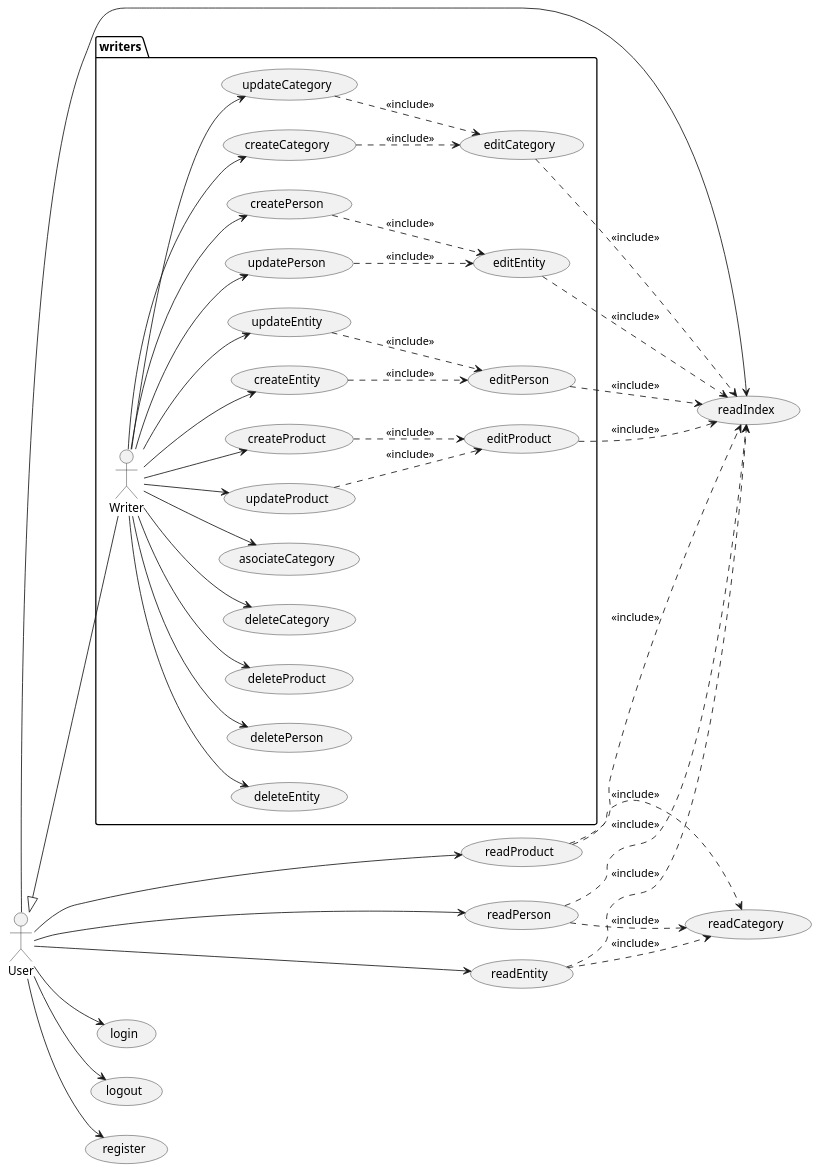
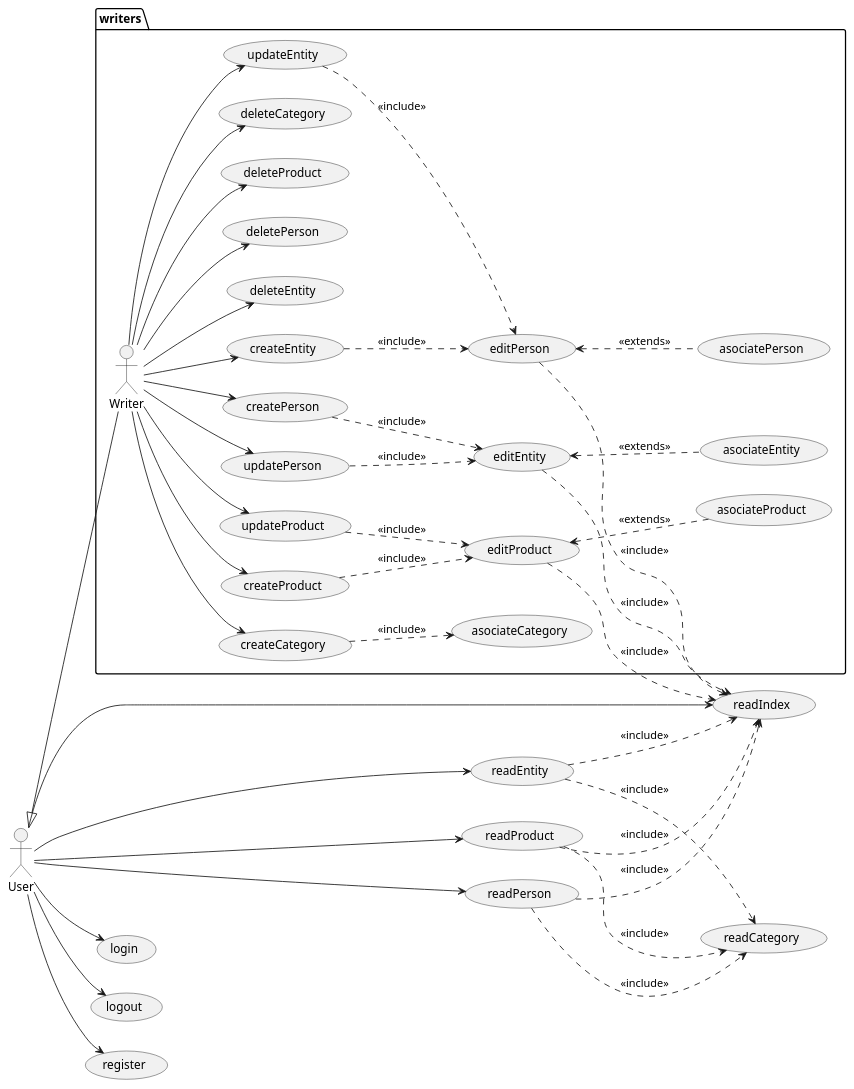
The second of 7 diagrams in index.adoc (nataliacasanova/analesdelaciencia), drawn with PlantUML before and after one commit. The commit also changed other lines of this file and 19 other files, not shown here.

Commit message:
fixed diagrams

```diff
--- a/index.adoc
+++ b/index.adoc
@@ -66,85 +66,85 @@
 [plantuml, diagramaActoresCasosUso, svg]
 ....
 
 left to right direction
 
 actor User
 usecase readIndex
 usecase login
 usecase logout
 usecase register
 usecase readEntity
 usecase readPerson
 usecase readProduct
 usecase readCategory
 
 
 package writers {
 actor Writer
 usecase createEntity
 usecase createPerson
 usecase createProduct
 usecase createCategory
 usecase updateEntity
 usecase updatePerson
 usecase updateProduct
-usecase updateCategory
 usecase deleteEntity
 usecase deletePerson
 usecase deleteProduct
 usecase deleteCategory
 usecase editEntity
 usecase editPerson
 usecase editProduct
-usecase editCategory
 usecase asociateCategory
+usecase asociatePerson
+usecase asociateProduct
+usecase asociateEntity
 }
 
 User --> readIndex
 User --> login
 User --> logout
 User --> register
 User --> readPerson
 User --> readEntity
 User --> readProduct
 
 readPerson ..> readIndex : <<include>>
 readEntity ..> readIndex : <<include>>
 readProduct ..> readIndex : <<include>>
 readPerson ..> readCategory : <<include>>
 readEntity ..> readCategory : <<include>>
 readProduct ..> readCategory: <<include>>
 
 User <|-down- Writer
 Writer --> createEntity
 Writer --> createPerson
 Writer --> createProduct
 Writer --> createCategory
 Writer --> updateEntity
 Writer --> updatePerson
 Writer --> updateProduct
-Writer --> updateCategory
 Writer --> deleteEntity
 Writer --> deletePerson
 Writer --> deleteProduct
 Writer --> deleteCategory
-Writer --> asociateCategory
 
 
 
 createEntity ..> editPerson : <<include>>
 createPerson ..> editEntity : <<include>>
 createProduct ..> editProduct : <<include>>
-createCategory ..> editCategory : <<include>>
 updateEntity ..> editPerson : <<include>>
 updatePerson ..> editEntity : <<include>>
 updateProduct ..> editProduct : <<include>>
-updateCategory ..> editCategory : <<include>>
+editEntity <.. asociateEntity: <<extends>>
+editPerson <.. asociatePerson: <<extends>>
+editProduct <.. asociateProduct: <<extends>>
+createCategory ..> asociateCategory: <<include>>
 
 editPerson ..> readIndex : <<include>>
 editEntity ..> readIndex : <<include>>
 editProduct ..> readIndex : <<include>>
-editCategory ..> readIndex : <<include>>
 
 
 ....
```
